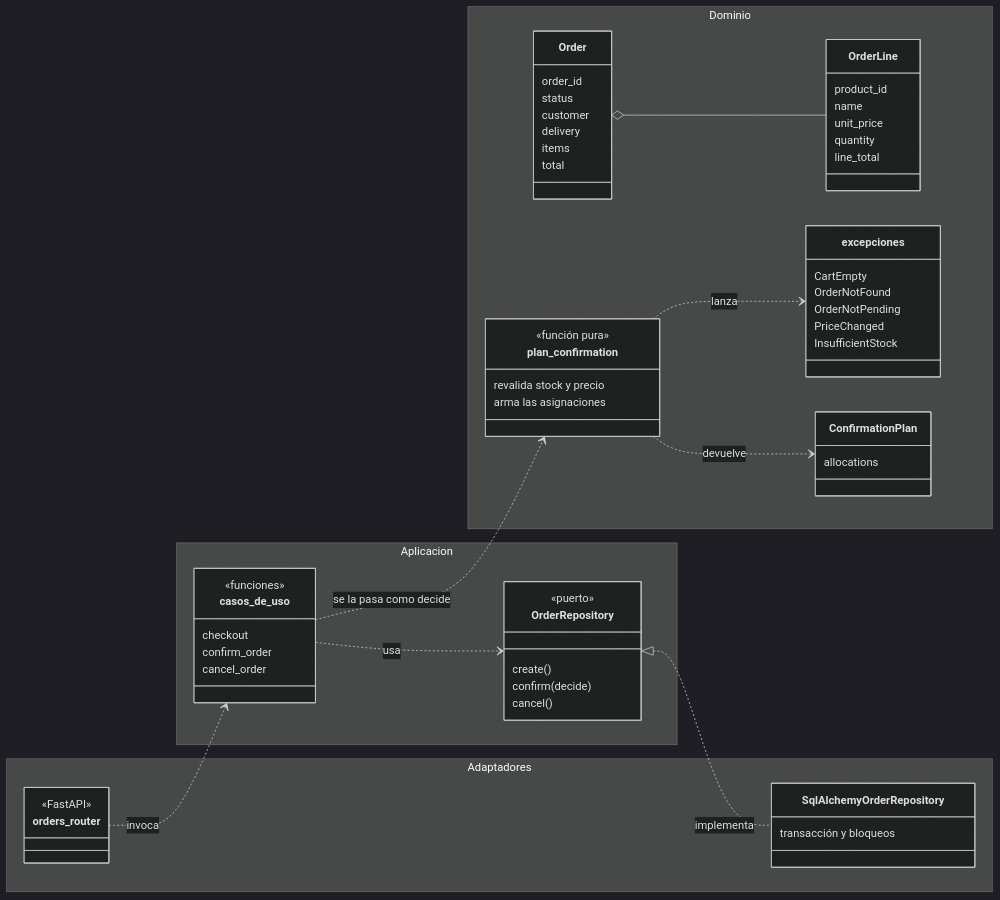
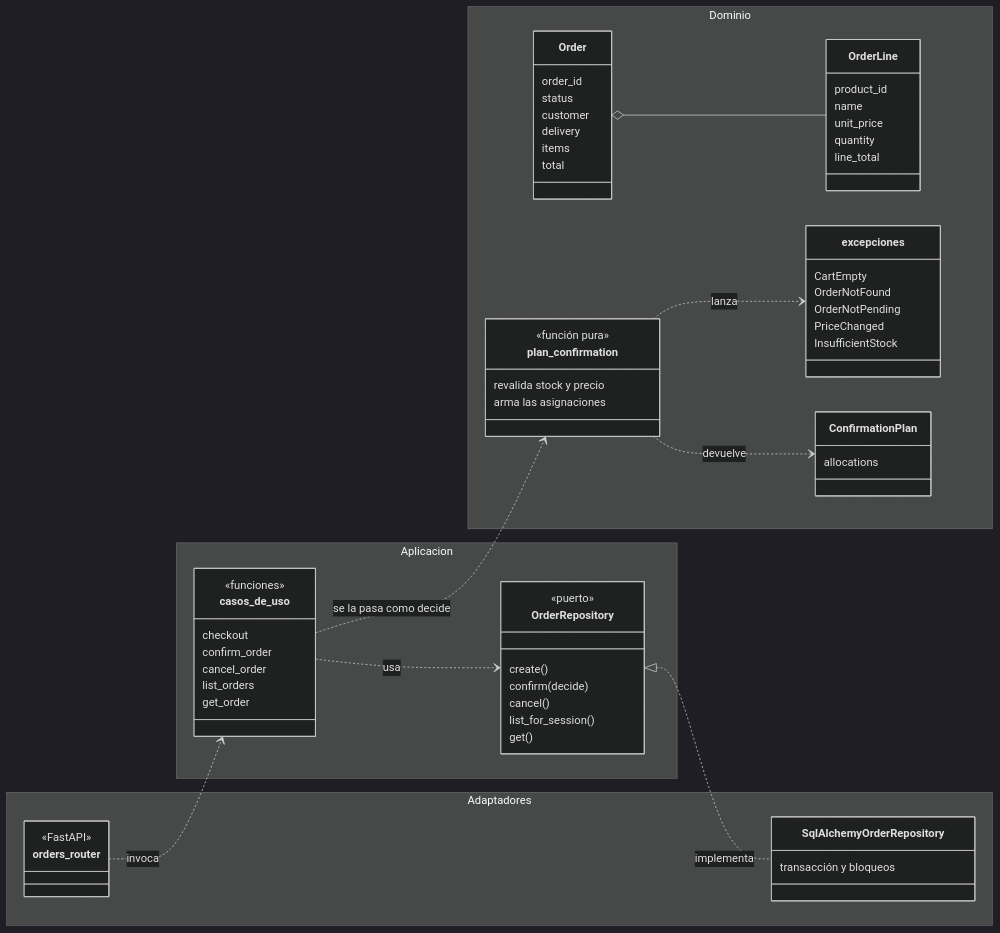
Before and after one commit to Saikus08/mercanova-ai-assistant: the sixth of 6 diagrams in docs/diagrams/checkout-flow.md, drawn with Mermaid (dark theme). The commit also changed other lines of this file, not shown here.

Commit message:
docs(orders): add order history flow to the checkout diagram (#14)

````diff
--- a/docs/diagrams/checkout-flow.md
+++ b/docs/diagrams/checkout-flow.md
@@ -122,69 +156,73 @@
 ```mermaid
 classDiagram
     direction LR
 
     namespace Dominio {
         class Order {
             order_id
             status
             customer
             delivery
             items
             total
         }
         class OrderLine {
             product_id
             name
             unit_price
             quantity
             line_total
         }
         class plan_confirmation {
             <<función pura>>
             revalida stock y precio
             arma las asignaciones
         }
         class ConfirmationPlan {
             allocations
         }
         class excepciones {
             CartEmpty
             OrderNotFound
             OrderNotPending
             PriceChanged
             InsufficientStock
         }
     }
 
     namespace Aplicacion {
         class casos_de_uso {
             <<funciones>>
             checkout
             confirm_order
             cancel_order
+            list_orders
+            get_order
         }
         class OrderRepository {
             <<puerto>>
             create()
             confirm(decide)
             cancel()
+            list_for_session()
+            get()
         }
     }
 
     namespace Adaptadores {
         class SqlAlchemyOrderRepository {
             transacción y bloqueos
         }
         class orders_router {
             <<FastAPI>>
         }
     }
 
     orders_router ..> casos_de_uso : invoca
     casos_de_uso ..> OrderRepository : usa
     casos_de_uso ..> plan_confirmation : se la pasa como decide
     OrderRepository <|.. SqlAlchemyOrderRepository : implementa
     plan_confirmation ..> ConfirmationPlan : devuelve
     plan_confirmation ..> excepciones : lanza
     Order o-- OrderLine
 ```
````
